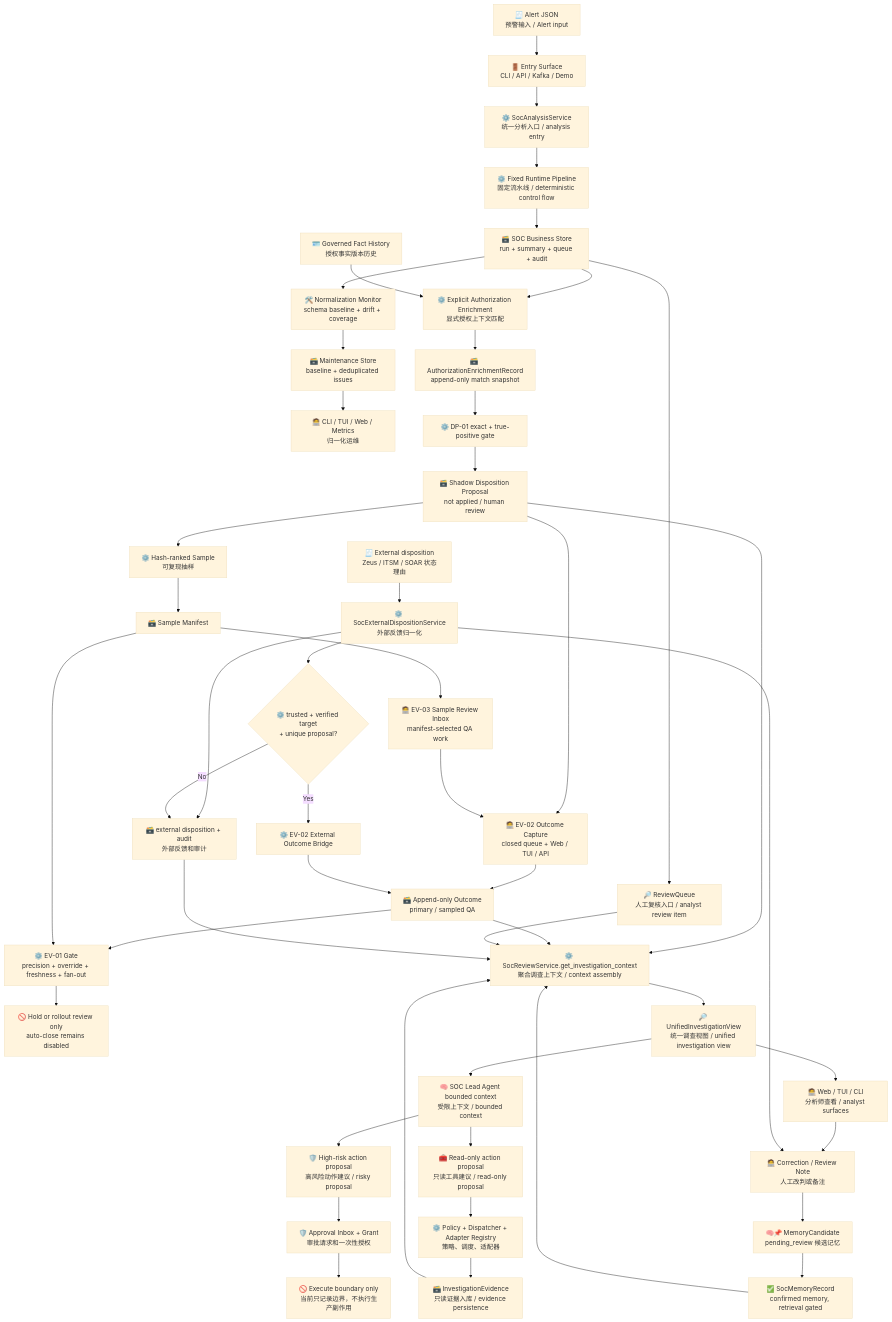
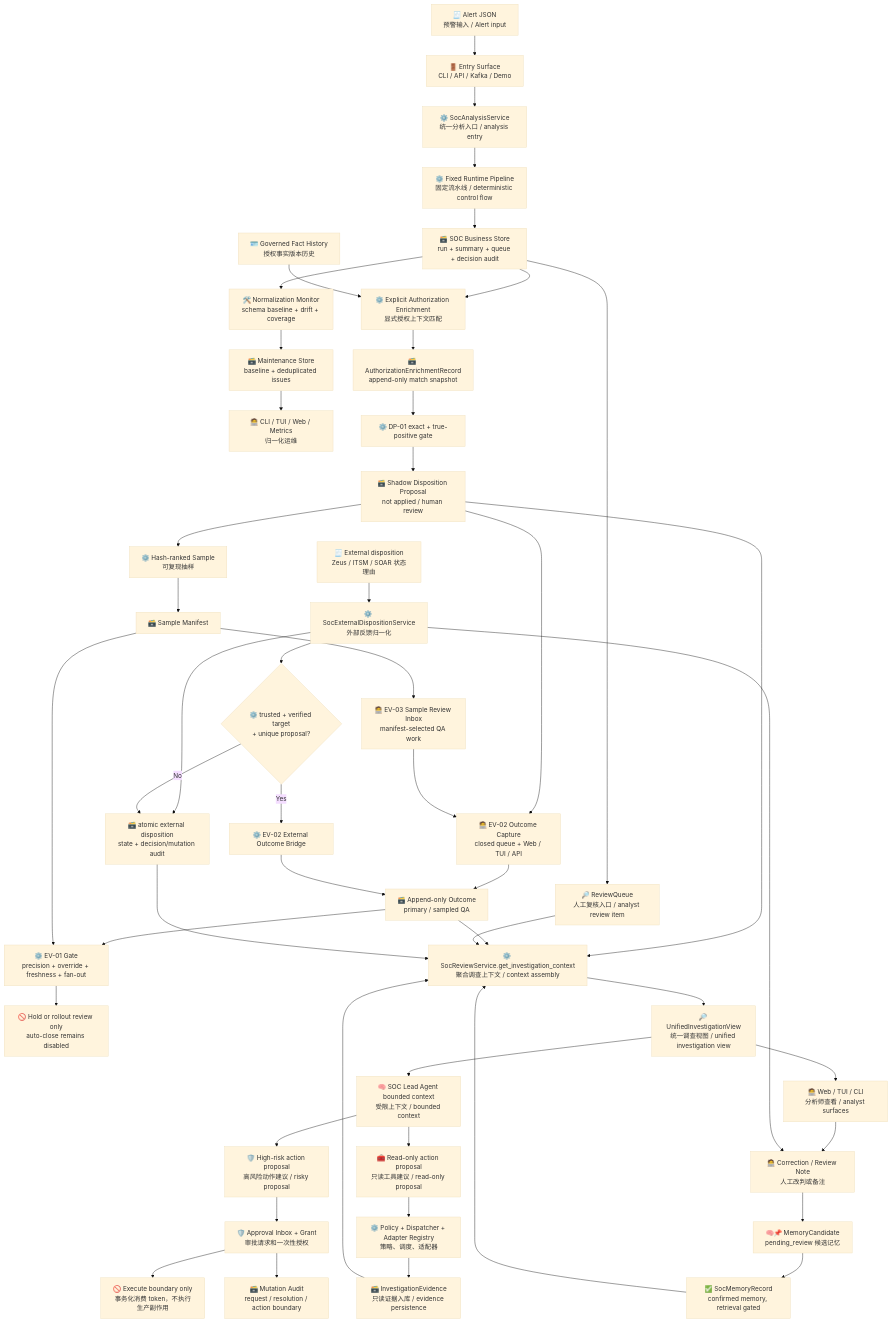
One commit to yydspanda/deer-flow changed the first of 20 diagrams in .notes/ai_soc/alert-lifecycle-flow.md. Above: the diagram before and after it, drawn with Mermaid (base theme). The commit also changed other lines of this file and 21 other files, not shown here.

Commit message:
feat(soc): make alpha mutations atomic and auditable

````diff
--- a/.notes/ai_soc/alert-lifecycle-flow.md
+++ b/.notes/ai_soc/alert-lifecycle-flow.md
@@ -31,56 +31,57 @@
 ```mermaid
 flowchart TD
     A["🧾 Alert JSON<br/>预警输入 / Alert input"] --> B["🚪 Entry Surface<br/>CLI / API / Kafka / Demo"]
     B --> C["⚙️ SocAnalysisService<br/>统一分析入口 / analysis entry"]
     C --> D["⚙️ Fixed Runtime Pipeline<br/>固定流水线 / deterministic control flow"]
-    D --> E["🗃️ SOC Business Store<br/>run + summary + queue + audit"]
+    D --> E["🗃️ SOC Business Store<br/>run + summary + queue + decision audit"]
     E --> W["🛠️ Normalization Monitor<br/>schema baseline + drift + coverage"]
     W --> X["🗃️ Maintenance Store<br/>baseline + deduplicated issues"]
     X --> Y["🧑‍💻 CLI / TUI / Web / Metrics<br/>归一化运维"]
 
     E --> F["🔎 ReviewQueue<br/>人工复核入口 / analyst review item"]
     E --> Z1["⚙️ Explicit Authorization Enrichment<br/>显式授权上下文匹配"]
     Z0["🪪 Governed Fact History<br/>授权事实版本历史"] --> Z1
     Z1 --> Z2["🗃️ AuthorizationEnrichmentRecord<br/>append-only match snapshot"]
     Z2 --> Z3["⚙️ DP-01 exact + true-positive gate"]
     Z3 --> Z4["🗃️ Shadow Disposition Proposal<br/>not applied / human review"]
     Z4 --> Z5["🧑‍💻 EV-02 Outcome Capture<br/>closed queue + Web / TUI / API"]
     Z5 --> Z6["🗃️ Append-only Outcome<br/>primary / sampled QA"]
     Z4 --> Z7["⚙️ Hash-ranked Sample<br/>可复现抽样"]
     Z7 --> Z8["🗃️ Sample Manifest"]
     Z8 --> Z13["🧑‍💻 EV-03 Sample Review Inbox<br/>manifest-selected QA work"]
     Z13 --> Z5
     Z6 --> Z9["⚙️ EV-01 Gate<br/>precision + override + freshness + fan-out"]
     Z8 --> Z9
     Z9 --> Z10["🚫 Hold or rollout review only<br/>auto-close remains disabled"]
     Z4 --> G
     Z6 --> G
     F --> G["⚙️ SocReviewService.get_investigation_context<br/>聚合调查上下文 / context assembly"]
 
     G --> H["🔎 UnifiedInvestigationView<br/>统一调查视图 / unified investigation view"]
     H --> I["🧑‍💻 Web / TUI / CLI<br/>分析师查看 / analyst surfaces"]
     H --> J["🧠 SOC Lead Agent bounded context<br/>受限上下文 / bounded context"]
 
     J --> K["🧰 Read-only action proposal<br/>只读工具建议 / read-only proposal"]
     K --> L["⚙️ Policy + Dispatcher + Adapter Registry<br/>策略、调度、适配器"]
     L --> M["🗃️ InvestigationEvidence<br/>只读证据入库 / evidence persistence"]
     M --> G
 
     J --> N["🛡️ High-risk action proposal<br/>高风险动作建议 / risky proposal"]
     N --> O["🛡️ Approval Inbox + Grant<br/>审批请求和一次性授权"]
-    O --> P["🚫 Execute boundary only<br/>当前只记录边界，不执行生产副作用"]
+    O --> P["🚫 Execute boundary only<br/>事务化消费 token，不执行生产副作用"]
+    O --> P1["🗃️ Mutation Audit<br/>request / resolution / action boundary"]
 
     I --> Q["🧑‍💻 Correction / Review Note<br/>人工改判或备注"]
     Q --> R["🧠📌 MemoryCandidate<br/>pending_review 候选记忆"]
     R --> S["✅ SocMemoryRecord<br/>confirmed memory, retrieval gated"]
     S --> G
 
     T["🧾 External disposition<br/>Zeus / ITSM / SOAR 状态理由"] --> U["⚙️ SocExternalDispositionService<br/>外部反馈归一化"]
-    U --> V["🗃️ external disposition + audit<br/>外部反馈和审计"]
+    U --> V["🗃️ atomic external disposition<br/>state + decision/mutation audit"]
     U --> Z11{"⚙️ trusted + verified target<br/>+ unique proposal?"}
     Z11 -->|Yes| Z12["⚙️ EV-02 External Outcome Bridge"]
     Z12 --> Z6
     Z11 -->|No| V
     U --> Q
     V --> G
 ```
````
